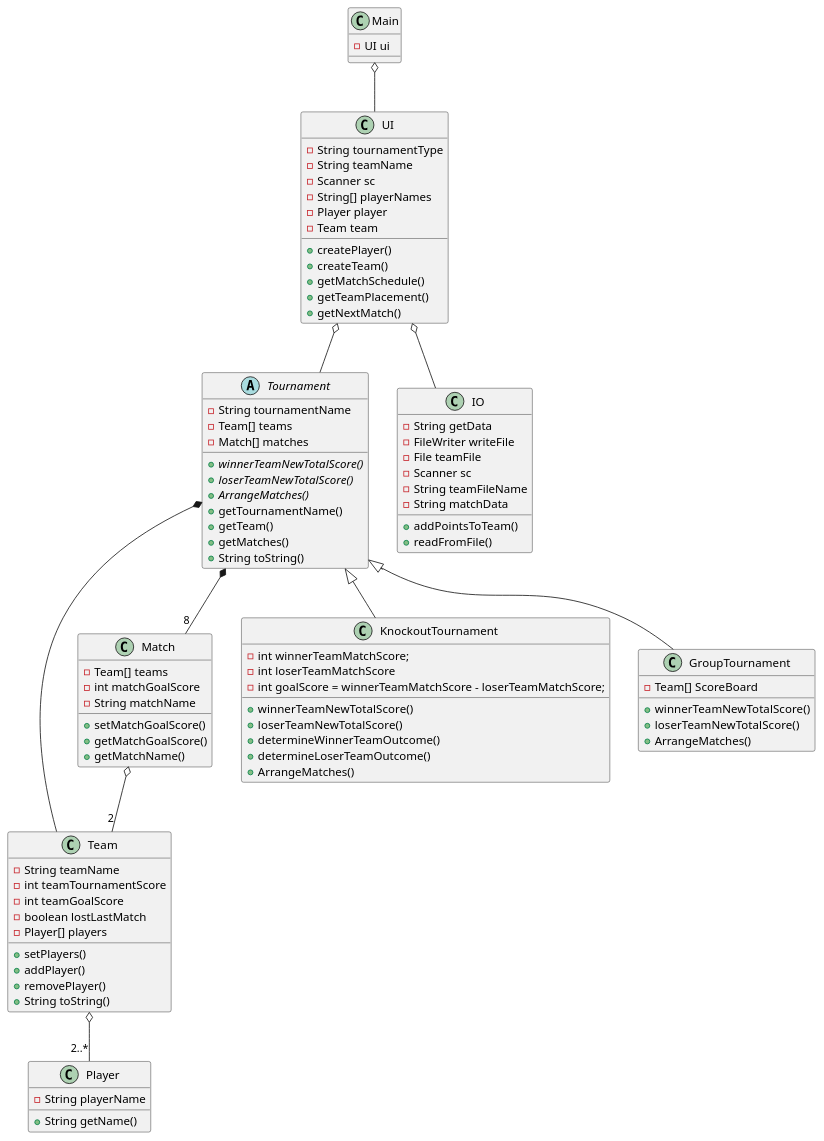
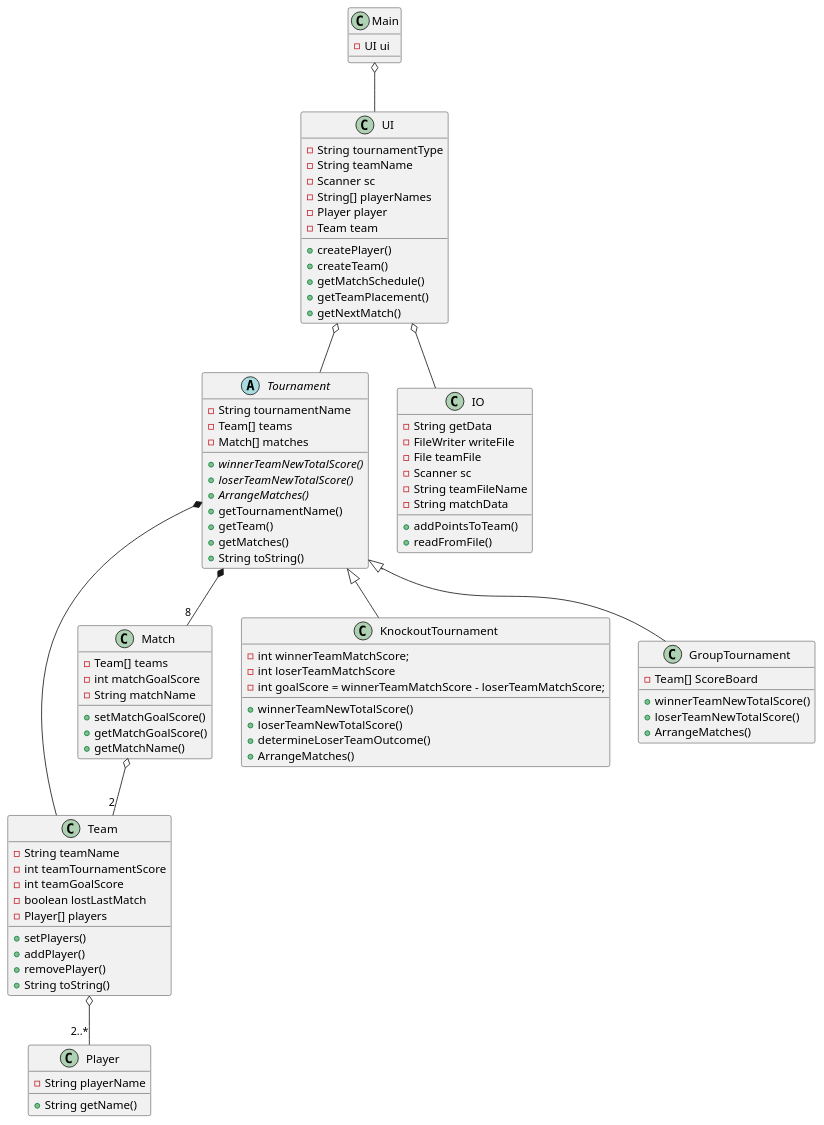
Before and after one commit to DeRp-DaWg/SP3: the diagram in doc/Class.puml, drawn with PlantUML.

Commit message:
Lavet af Andreas

```diff
--- a/doc/Class.puml
+++ b/doc/Class.puml
@@ -1,101 +1,100 @@
 @startuml
 'https://plantuml.com/class-diagram
 
 class Main{
 -UI ui
 }
 
 class Player {
 -String playerName
 +String getName()
 }
 
 class Team {
 -String teamName
 -int teamTournamentScore
 -int teamGoalScore
 -boolean lostLastMatch
 -Player[] players
 +setPlayers()
 +addPlayer()
 +removePlayer()
 +String toString()
 }
 
 class Match{
 -Team[] teams
 -int matchGoalScore
 -String matchName
 
 +setMatchGoalScore()
 +getMatchGoalScore()
 +getMatchName()
 }
 
 abstract Tournament {
 -String tournamentName
 -Team[] teams
 -Match[] matches
 +{abstract}winnerTeamNewTotalScore()
 +{abstract}loserTeamNewTotalScore()
 +{abstract}ArrangeMatches()
 +getTournamentName()
 +getTeam()
 +getMatches()
 +String toString()
 }
 
 class KnockoutTournament{
 -int winnerTeamMatchScore;
 -int loserTeamMatchScore
 -int goalScore = winnerTeamMatchScore - loserTeamMatchScore;
 +winnerTeamNewTotalScore()
 +loserTeamNewTotalScore()
-+determineWinnerTeamOutcome()
 +determineLoserTeamOutcome()
 +ArrangeMatches()
 }
 
 class GroupTournament{
 -Team[] ScoreBoard
 +winnerTeamNewTotalScore()
 +loserTeamNewTotalScore()
 +ArrangeMatches()
 }
 
 class UI {
 -String tournamentType
 -String teamName
 -Scanner sc
 -String[] playerNames
 -Player player
 -Team team
 +createPlayer()
 +createTeam()
 +getMatchSchedule()
 +getTeamPlacement()
 +getNextMatch()
 }
 
 class IO {
 -String getData
 -FileWriter writeFile
 -File teamFile
 -Scanner sc
 -String teamFileName
 -String matchData
 +addPointsToTeam()
 +readFromFile()
 }
 
 
 UI o-- Tournament
 UI o-- IO
 Tournament *-- "8" Match
 Tournament *-- Team
 Match o-- "2" Team
 Team o-- "2..*" Player
 Tournament <|-- KnockoutTournament
 Tournament <|-- GroupTournament
 Main o-- UI
 @enduml
```
